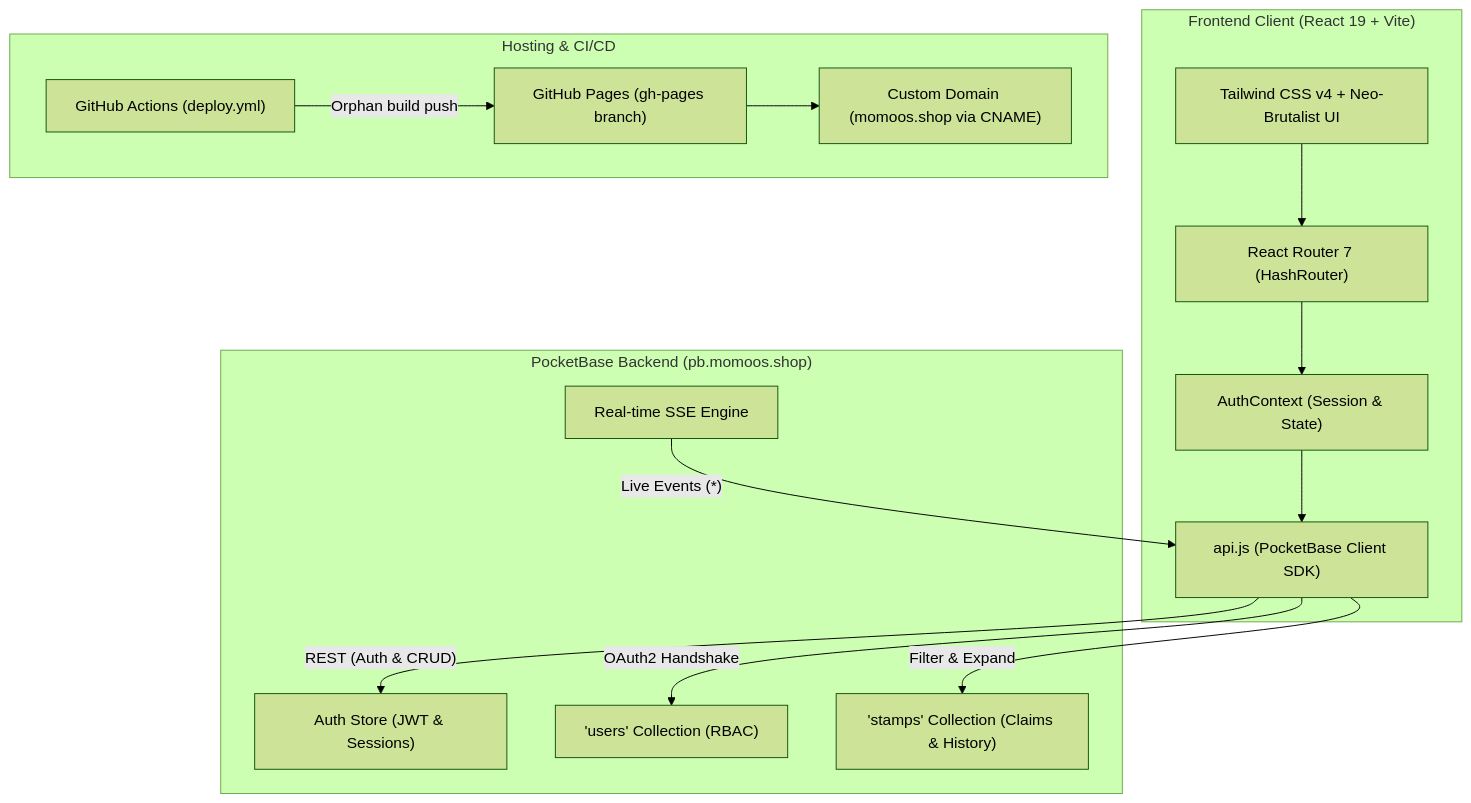
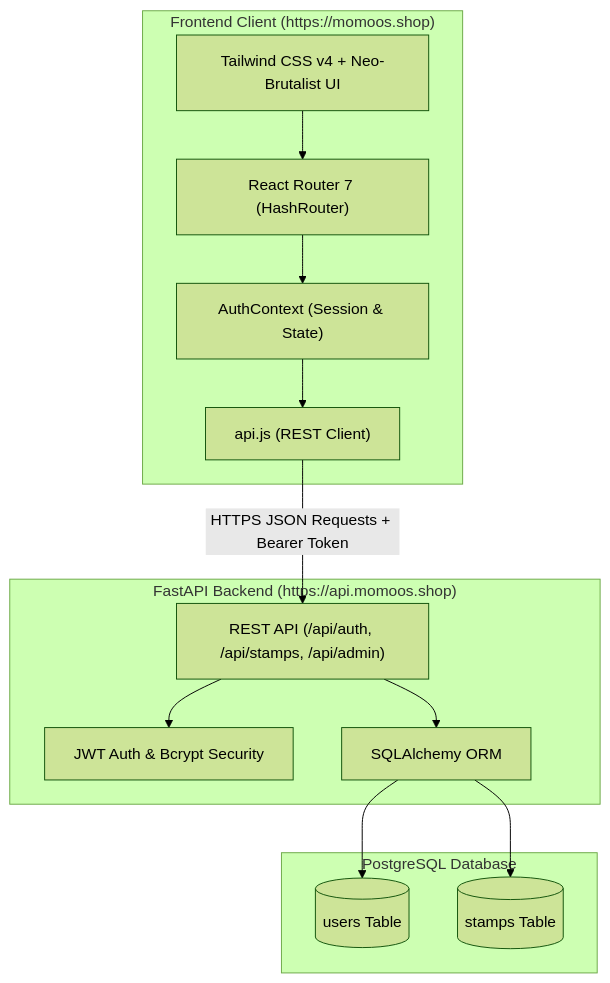
Before and after one commit to Joshi-labs/Project-Momos: the diagram in README.md, drawn with Mermaid (forest theme). The commit also changed other lines of this file, not shown here.

````diff
--- a/README.md
+++ b/README.md
@@ -83,34 +74,32 @@
 ```mermaid
 flowchart TD
-    subgraph Client["Frontend Client (React 19 + Vite)"]
+    subgraph Client["Frontend Client (https://momoos.shop)"]
         UI["Tailwind CSS v4 + Neo-Brutalist UI"]
         Router["React Router 7 (HashRouter)"]
         AuthCtx["AuthContext (Session & State)"]
-        API["api.js (PocketBase Client SDK)"]
+        API["api.js (REST Client)"]
         
         UI --> Router
         Router --> AuthCtx
         AuthCtx --> API
     end
 
-    subgraph Backend["PocketBase Backend (pb.momoos.shop)"]
-        AuthStore["Auth Store (JWT & Sessions)"]
-        UsersCol["'users' Collection (RBAC)"]
-        StampsCol["'stamps' Collection (Claims & History)"]
-        SSE["Real-time SSE Engine"]
+    subgraph Backend["FastAPI Backend (https://api.momoos.shop)"]
+        Endpoints["REST API (/api/auth, /api/stamps, /api/admin)"]
+        JWT["JWT Auth & Bcrypt Security"]
+        ORM["SQLAlchemy ORM"]
         
-        API -- "REST (Auth & CRUD)" --> AuthStore
-        API -- "Filter & Expand" --> StampsCol
-        API -- "OAuth2 Handshake" --> UsersCol
-        SSE -- "Live Events (*)" --> API
+        Endpoints --> JWT
+        Endpoints --> ORM
     end
 
-    subgraph Hosting["Hosting & CI/CD"]
-        GHA["GitHub Actions (deploy.yml)"]
-        GHP["GitHub Pages (gh-pages branch)"]
-        CustomDomain["Custom Domain (momoos.shop via CNAME)"]
+    subgraph Database["PostgreSQL Database"]
+        UsersTable[("users Table")]
+        StampsTable[("stamps Table")]
+        
+        ORM --> UsersTable
+        ORM --> StampsTable
+    end
 
-        GHA -- "Orphan build push" --> GHP
-        GHP --> CustomDomain
-    end
+    API -- "HTTPS JSON Requests + Bearer Token" --> Endpoints
 ```
````
